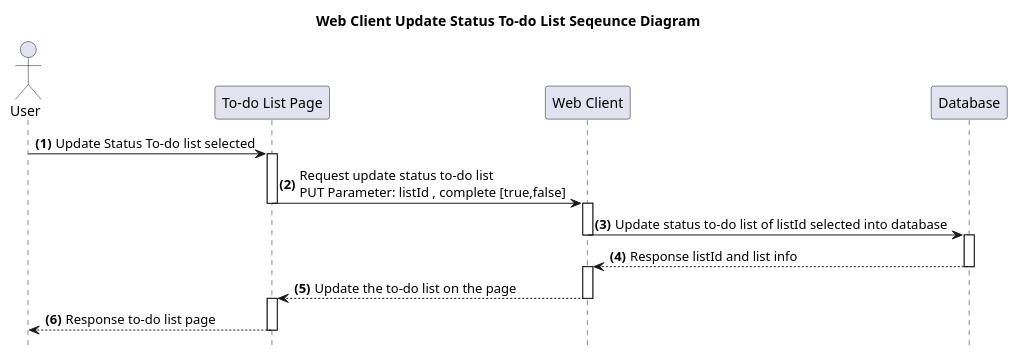
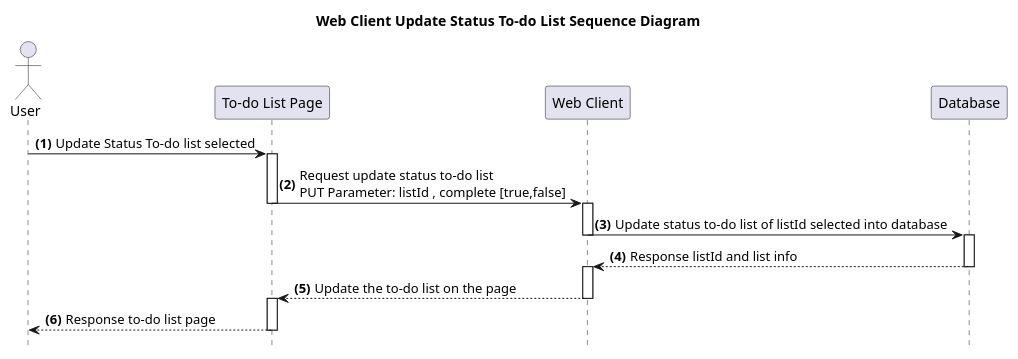
One commit to Kritsanawipankhet/CE64-41 changed the diagram in documents/diagrams/src/web-client/To-do-ListUpdateStatus.wsd. Above: the diagram before and after it, drawn with PlantUML. The commit also changed 12 other files, not shown here.

Commit message:
edit title diagram

```diff
--- a/documents/diagrams/src/web-client/To-do-ListUpdateStatus.wsd
+++ b/documents/diagrams/src/web-client/To-do-ListUpdateStatus.wsd
@@ -1,12 +1,12 @@
 @startuml Web Client Update Status To-do List
-title **Web Client Update Status To-do List** Seqeunce Diagram
+title **Web Client Update Status To-do List** Sequence Diagram
 hide footbox
 Actor User
 autonumber "<b>(0)"
 User -> "To-do List Page" ++: Update Status To-do list selected
 "To-do List Page" -> "Web Client" --++: Request update status to-do list \nPUT Parameter: listId , complete [true,false]
 "Web Client" -> "Database" --++: Update status to-do list of listId selected into database
 "Database" --> "Web Client" --++: Response listId and list info
 "Web Client" --> "To-do List Page" --++: Update the to-do list on the page
 "To-do List Page" --> "User" --: Response to-do list page
 @enduml
```
